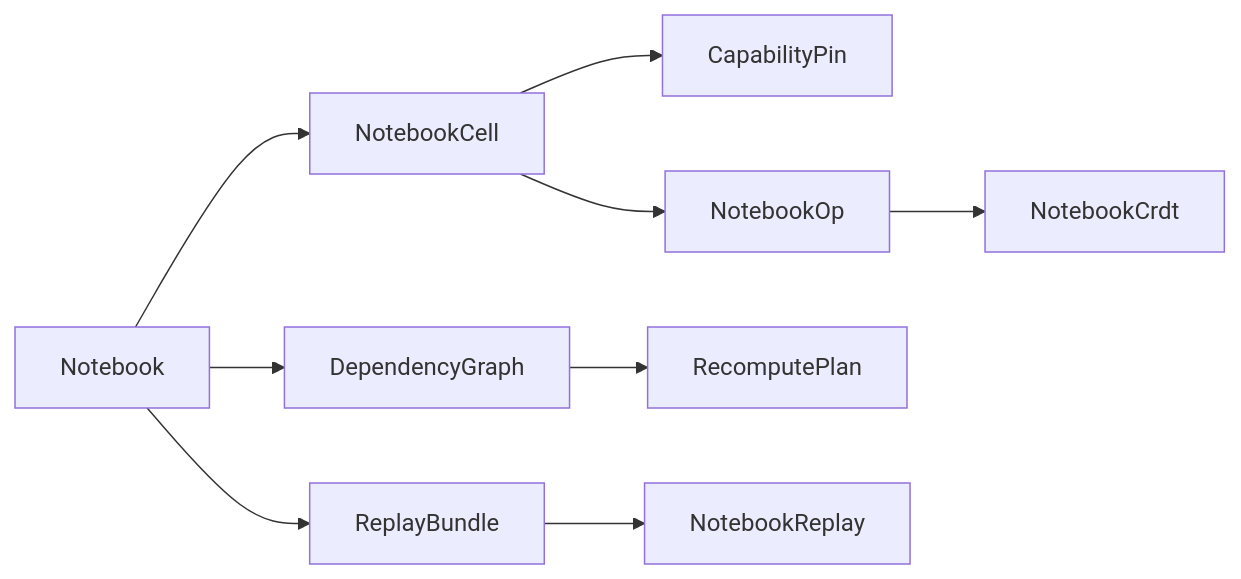
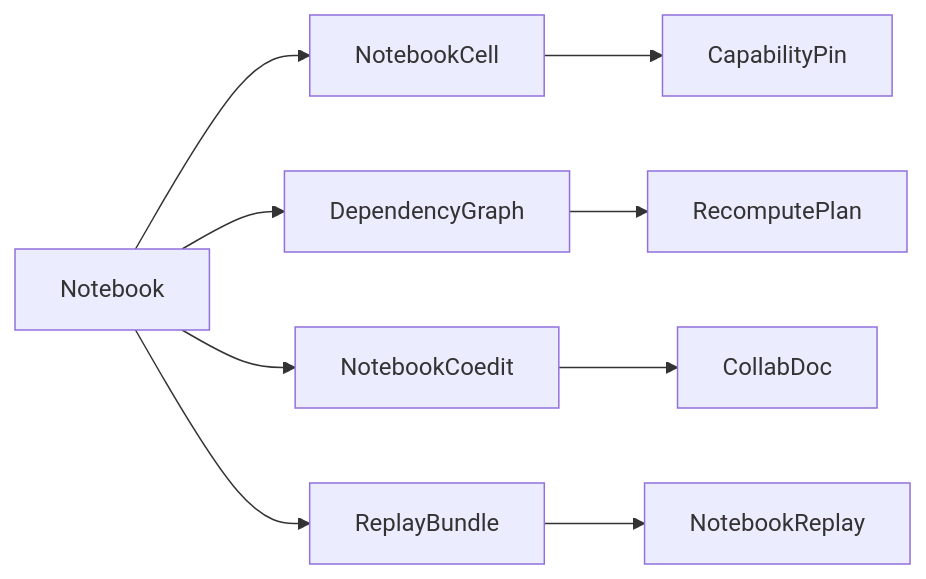
The diagram in libs/csharp/Rasm.AppUi/.planning/Editing/notebook.md (bsamiee/Rasm), drawn with Mermaid before and after one commit. The commit also changed other lines of this file and 219 other files, not shown here.

````diff
--- a/libs/csharp/Rasm.AppUi/.planning/Editing/notebook.md
+++ b/libs/csharp/Rasm.AppUi/.planning/Editing/notebook.md
@@ -308,11 +277,11 @@
 ```mermaid
 flowchart LR
     Notebook --> NotebookCell
     NotebookCell --> CapabilityPin
     Notebook --> DependencyGraph
     DependencyGraph --> RecomputePlan
-    NotebookCell --> NotebookOp
-    NotebookOp --> NotebookCrdt
+    Notebook --> NotebookCoedit
+    NotebookCoedit --> CollabDoc
     Notebook --> ReplayBundle
     ReplayBundle --> NotebookReplay
 ```
````
